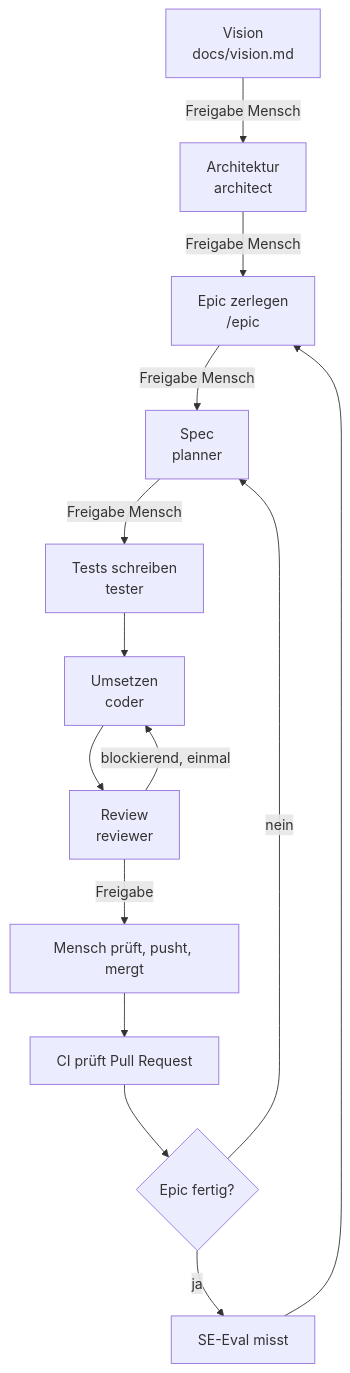
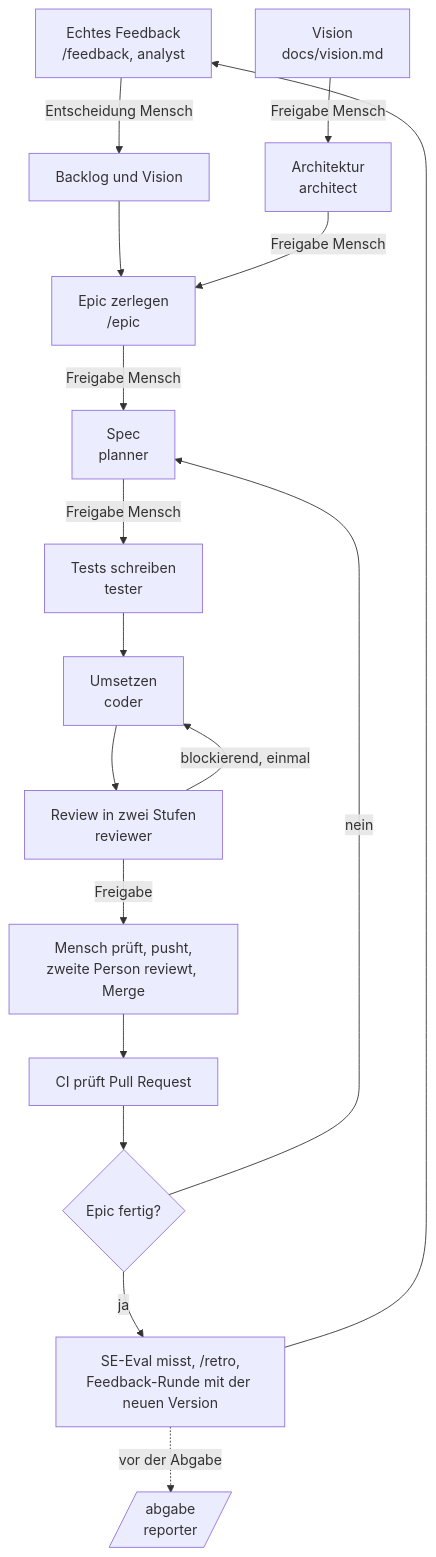
One commit to Paulo-Temme/AgenticEntwicklung changed the diagram in docs/prozess.md. Above: the diagram before and after it, drawn with Mermaid. The commit also changed other lines of this file and 43 other files, not shown here.

First line of the commit message:
Vorlage: Feedback, Management, Abgabe, Schutz-Hook und Review-Leitfaden

````diff
--- a/docs/prozess.md
+++ b/docs/prozess.md
@@ -7,16 +7,19 @@
 ```mermaid
 flowchart TD
+  FB[Echtes Feedback<br/>/feedback, analyst] -->|Entscheidung Mensch| BL[Backlog und Vision]
   V[Vision<br/>docs/vision.md] -->|Freigabe Mensch| A[Architektur<br/>architect]
+  BL --> E
   A -->|Freigabe Mensch| E[Epic zerlegen<br/>/epic]
   E -->|Freigabe Mensch| S[Spec<br/>planner]
   S -->|Freigabe Mensch| T[Tests schreiben<br/>tester]
   T --> C[Umsetzen<br/>coder]
-  C --> R[Review<br/>reviewer]
+  C --> R[Review in zwei Stufen<br/>reviewer]
   R -->|blockierend, einmal| C
-  R -->|Freigabe| M[Mensch prüft, pusht, mergt]
+  R -->|Freigabe| M[Mensch prüft, pusht,<br/>zweite Person reviewt, Merge]
   M --> CI[CI prüft Pull Request]
   CI --> N{Epic fertig?}
   N -->|nein| S
-  N -->|ja| SE[SE-Eval misst]
-  SE --> E
+  N -->|ja| SE[SE-Eval misst, /retro,<br/>Feedback-Runde mit der neuen Version]
+  SE --> FB
+  SE -.->|vor der Abgabe| AB[/abgabe<br/>reporter/]
 ```
````
